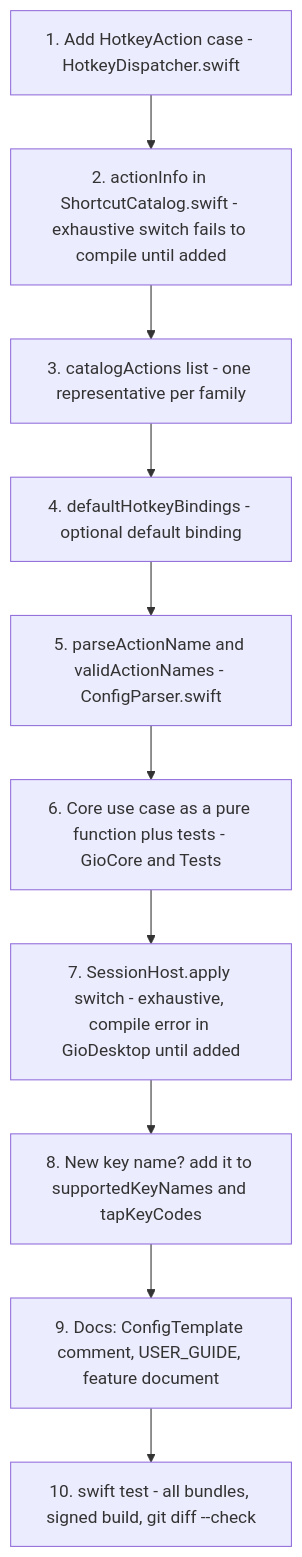
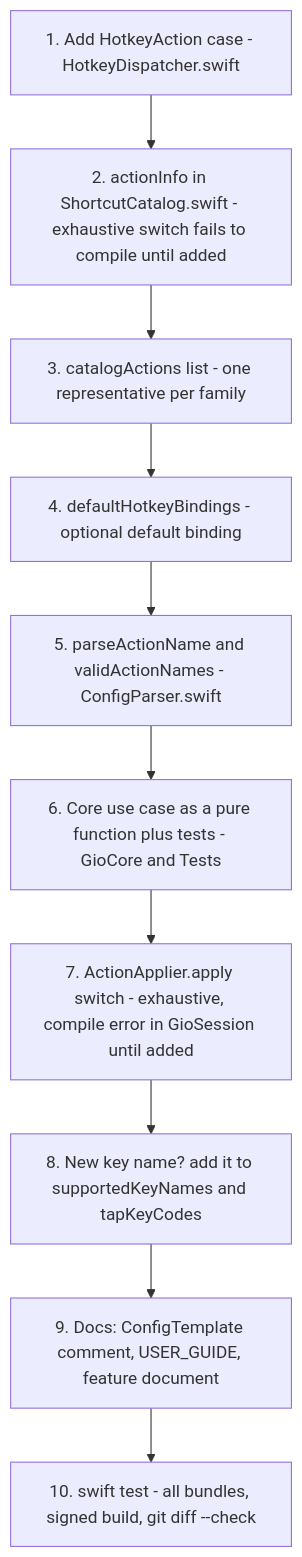
The diagram in docs/CONTRIBUTING.md (ismaelosuna7824/gio), drawn with Mermaid before and after one commit. The commit also changed other lines of this file and 6 other files, not shown here.

First line of the commit message:
refactor(session): extract action applier

````diff
--- a/docs/CONTRIBUTING.md
+++ b/docs/CONTRIBUTING.md
@@ -44,12 +44,12 @@
 ```mermaid
 flowchart TD
     A["1. Add HotkeyAction case - HotkeyDispatcher.swift"] --> B["2. actionInfo in ShortcutCatalog.swift - exhaustive switch fails to compile until added"]
     B --> C["3. catalogActions list - one representative per family"]
     C --> D["4. defaultHotkeyBindings - optional default binding"]
     D --> E["5. parseActionName and validActionNames - ConfigParser.swift"]
     E --> F["6. Core use case as a pure function plus tests - GioCore and Tests"]
-    F --> G["7. SessionHost.apply switch - exhaustive, compile error in GioDesktop until added"]
+    F --> G["7. ActionApplier.apply switch - exhaustive, compile error in GioSession until added"]
     G --> H["8. New key name? add it to supportedKeyNames and tapKeyCodes"]
     H --> I["9. Docs: ConfigTemplate comment, USER_GUIDE, feature document"]
     I --> J["10. swift test - all bundles, signed build, git diff --check"]
 ```
````
